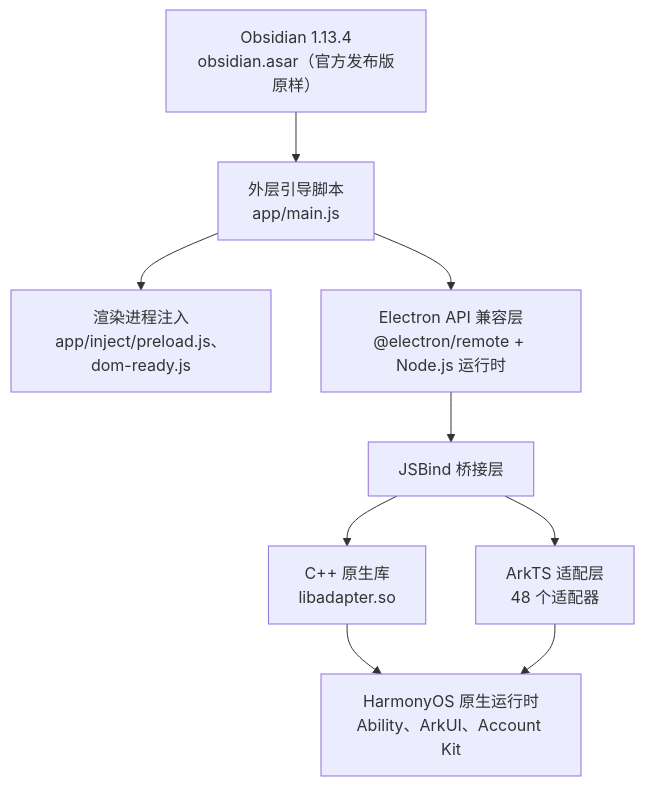
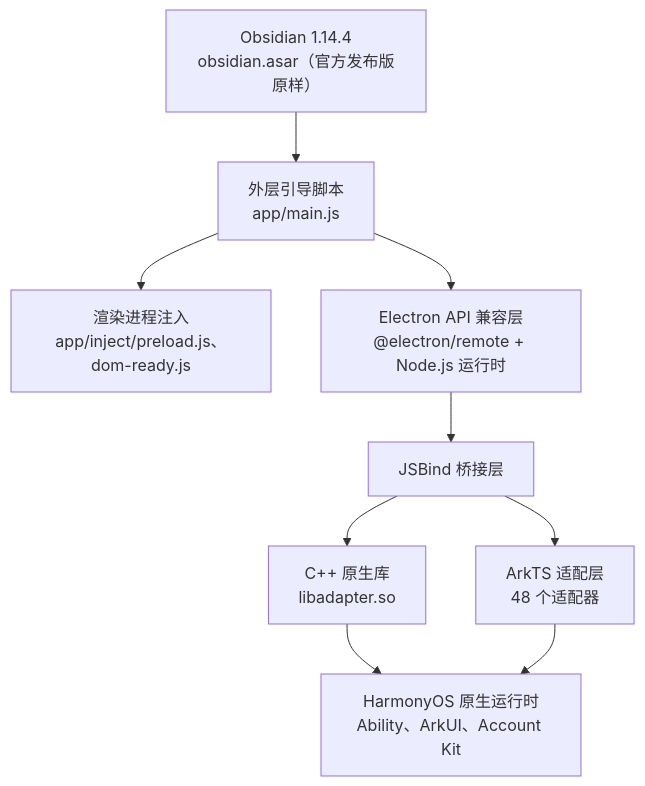
The diagram in README.md (HandwerSTD/ObsidianHM), drawn with Mermaid before and after one commit. The commit also changed other lines of this file and 13 other files, not shown here.

````diff
--- a/README.md
+++ b/README.md
@@ -60,19 +60,19 @@
 ```mermaid
 flowchart TB
-  A["Obsidian 1.13.4<br/>obsidian.asar（官方发布版原样）"]
+  A["Obsidian 1.14.4<br/>obsidian.asar（官方发布版原样）"]
   B["外层引导脚本<br/>app/main.js"]
   C["渲染进程注入<br/>app/inject/preload.js、dom-ready.js"]
   D["Electron API 兼容层<br/>@electron/remote + Node.js 运行时"]
   E["JSBind 桥接层"]
   F["C++ 原生库<br/>libadapter.so"]
   G["ArkTS 适配层<br/>48 个适配器"]
   H["HarmonyOS 原生运行时<br/>Ability、ArkUI、Account Kit"]
   A --> B
   B --> C
   B --> D
   D --> E
   E --> F
   E --> G
   F --> H
   G --> H
 ```
````
